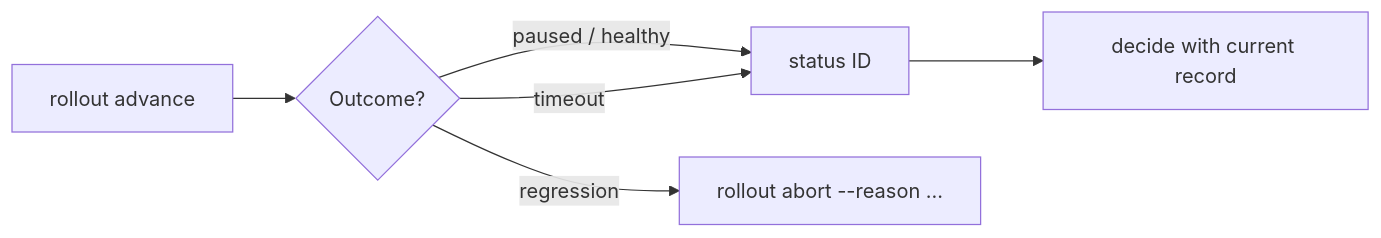
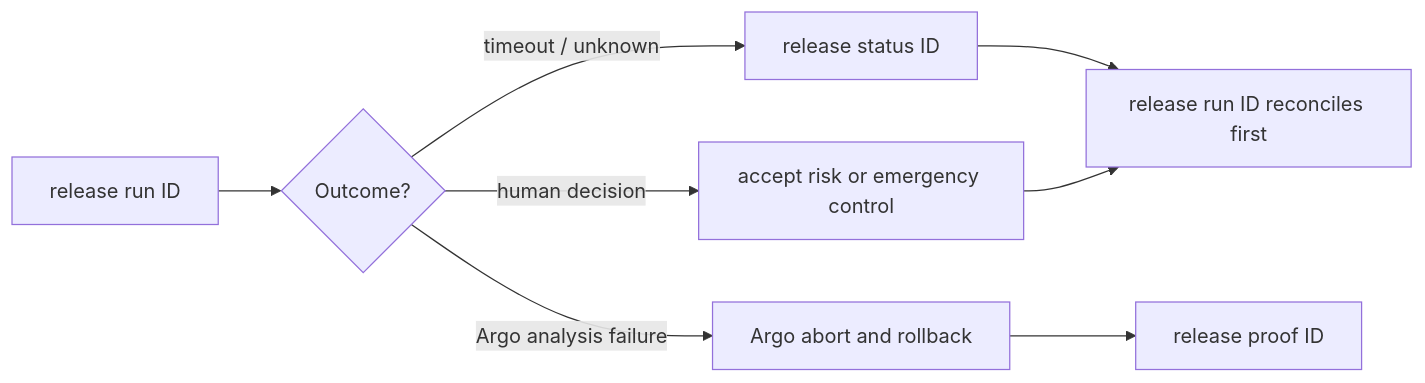
The diagram in website/src/content/docs/guides/rollout-recovery.md (AndrewMaged814/safelane), drawn with Mermaid before and after one commit. The commit also changed other lines of this file and 5 other files, not shown here.

````diff
--- a/website/src/content/docs/guides/rollout-recovery.md
+++ b/website/src/content/docs/guides/rollout-recovery.md
@@ -10,8 +10,10 @@
 ```mermaid
 flowchart LR
-  A["rollout advance"] --> B{"Outcome?"}
-  B -->|paused / healthy| C["status ID"]
-  B -->|timeout| C
-  B -->|regression| D["rollout abort --reason ..."]
-  C --> E["decide with current record"]
+  A["release run ID"] --> B{"Outcome?"}
+  B -->|timeout / unknown| C["release status ID"]
+  B -->|human decision| D["accept risk or emergency control"]
+  B -->|Argo analysis failure| E["Argo abort and rollback"]
+  C --> F["release run ID reconciles first"]
+  D --> F
+  E --> G["release proof ID"]
 ```
````
